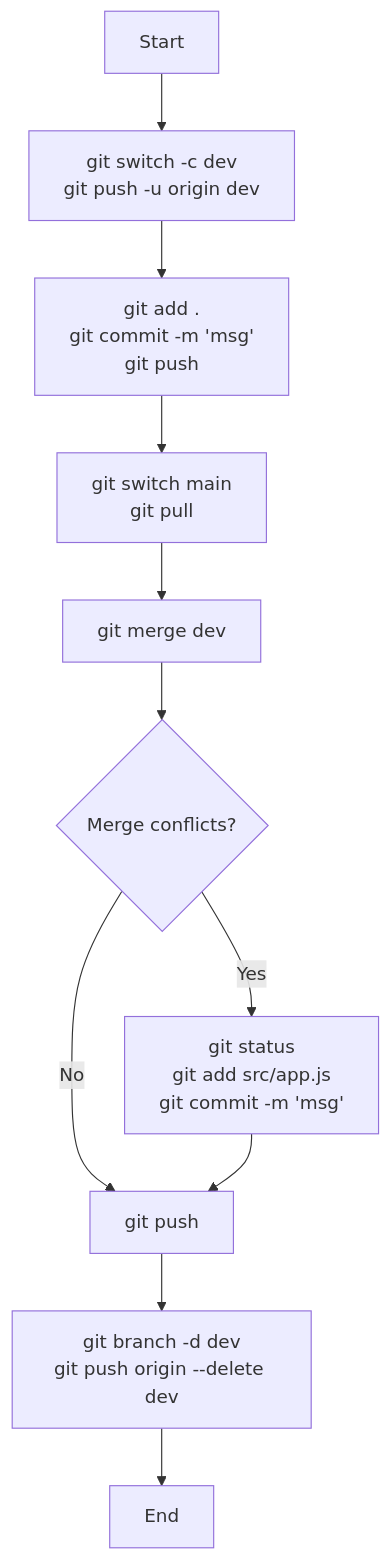
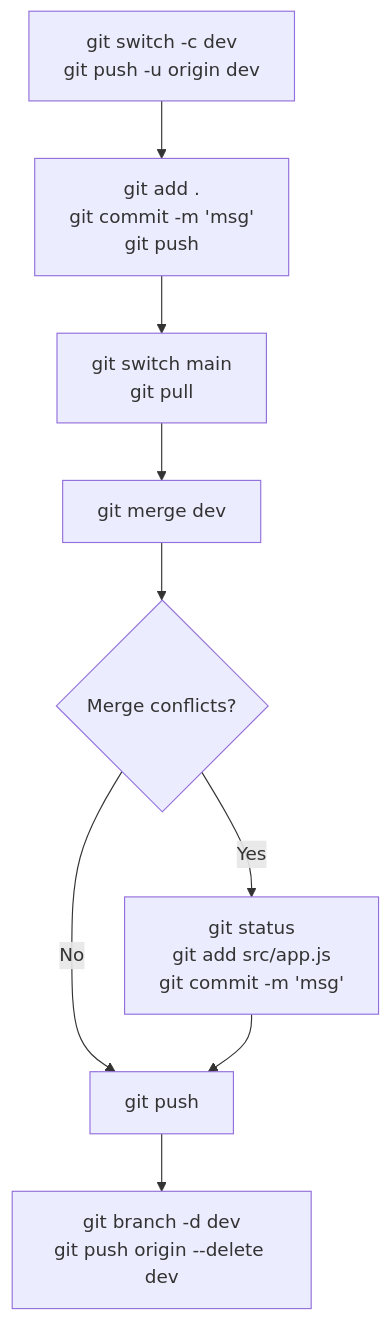
The diagram in content/learnings/2_GitHub_Related/index.md (FangfeiLi05/fangfeili05.github.io), drawn with Mermaid before and after one commit. The commit also changed other lines of this file and 4 other files, not shown here.

```diff
--- a/content/learnings/2_GitHub_Related/index.md
+++ b/content/learnings/2_GitHub_Related/index.md
@@ -11,45 +13,43 @@
 {{< mermaid >}}
-graph TB;
+graph TD
 
-A["""Start"""] 
---> B["""
+A["""
 git switch -c dev
 git push -u origin dev
-"""];
+"""]
 
-B --> C["""
+A --> B["""
 git add .
 git commit -m 'msg'
 git push
-"""];
+"""]
+
+B --> C["""
+git switch main
+git pull
+"""]
 
 C --> D["""
-git switch main
-git pull
-"""];
+git merge dev
+"""]
 
-D --> E["""
-git merge dev
-"""];
+D --> E{Merge conflicts?}
 
-E --> F{Merge conflicts?};
+E -- No --> F["""
+git push
+"""]
 
-F -- No --> G["""
-git push
-"""];
-
-F -- Yes --> H["""
+E -- Yes --> G["""
 git status
 git add src/app.js
 git commit -m 'msg' 
-"""];
+"""]
 
-H --> G;
+G --> F
 
-G --> I["""
+F --> H["""
 git branch -d dev
 git push origin --delete dev
-"""];
+"""]
 
-I --> J[End];
 {{< /mermaid >}}
```
